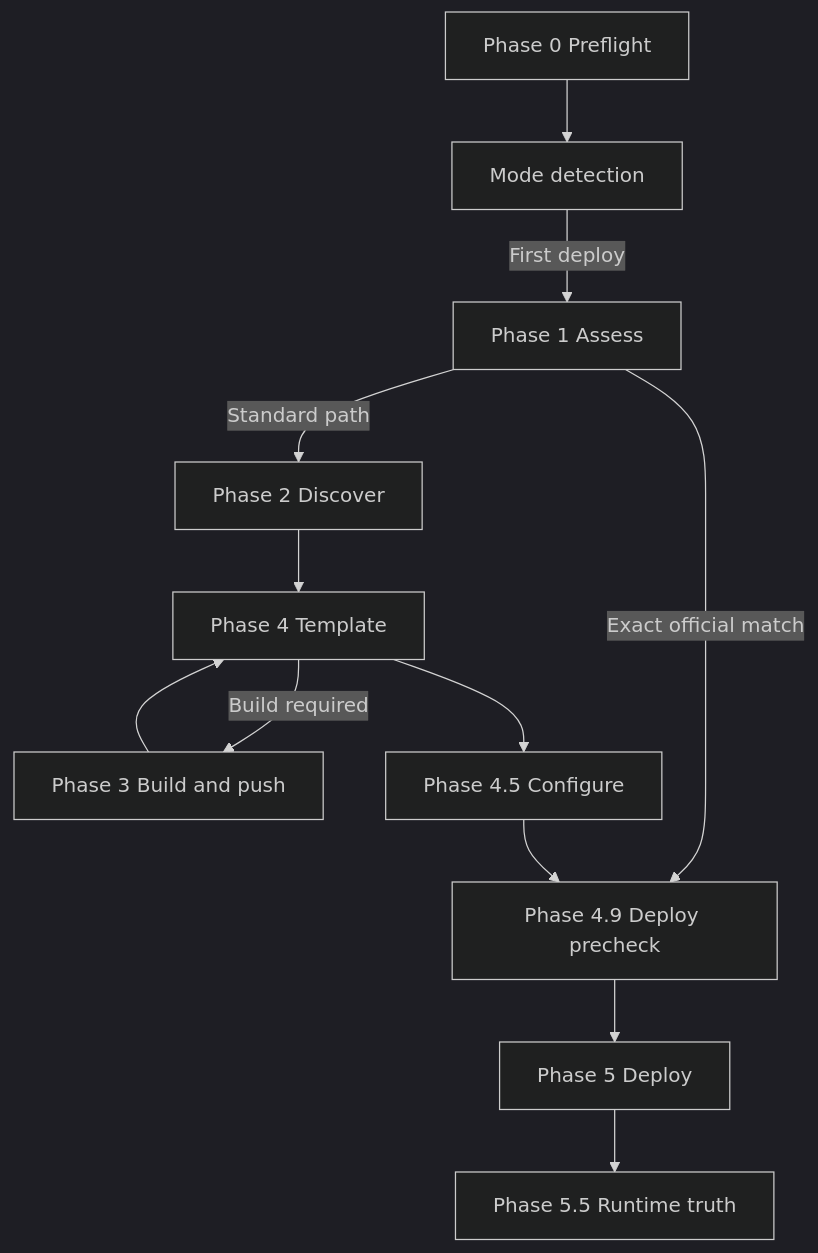
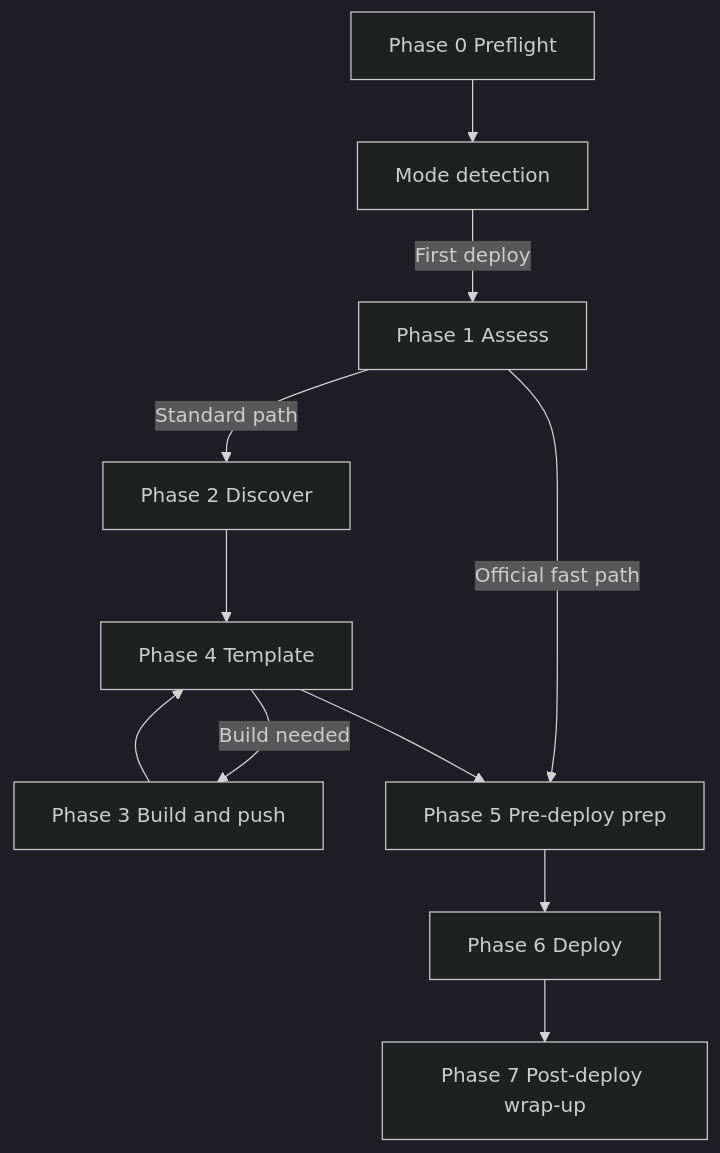
One commit to Che-Zhu/sealos-skills-doc changed the diagram in en/pipeline/overview.mdx. Above: the diagram before and after it, drawn with Mermaid (dark theme). The commit also changed other lines of this file and 44 other files, not shown here.

First line of the commit message:
Renumber deploy tail phases and merge pre-deploy steps into Phase 5.

````diff
--- a/en/pipeline/overview.mdx
+++ b/en/pipeline/overview.mdx
@@ -29,22 +29,21 @@
 ```mermaid
 flowchart TD
   P0[Phase 0 Preflight]
   MD[Mode detection]
   P1[Phase 1 Assess]
   P2[Phase 2 Discover]
   P3[Phase 3 Build and push]
   P4[Phase 4 Template]
-  P45[Phase 4.5 Configure]
-  P49[Phase 4.9 Deploy precheck]
-  P5[Phase 5 Deploy]
-  P55[Phase 5.5 Runtime truth]
+  P5[Phase 5 Pre-deploy prep]
+  P6[Phase 6 Deploy]
+  P7[Phase 7 Post-deploy wrap-up]
 
   P0 --> MD
   MD -->|First deploy| P1
-  P1 -->|Exact official match| P49
+  P1 -->|Official fast path| P5
   P1 -->|Standard path| P2
   P2 --> P4
-  P4 -->|Build required| P3
+  P4 -->|Build needed| P3
   P3 --> P4
-  P4 --> P45 --> P49 --> P5 --> P55
+  P4 --> P5 --> P6 --> P7
 ```
````
